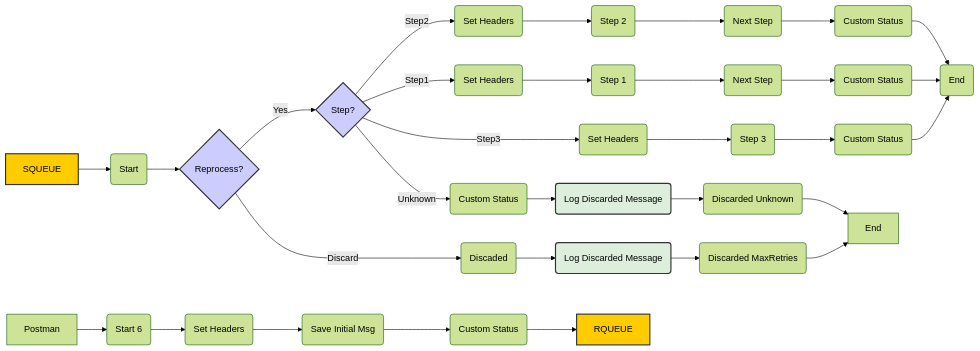
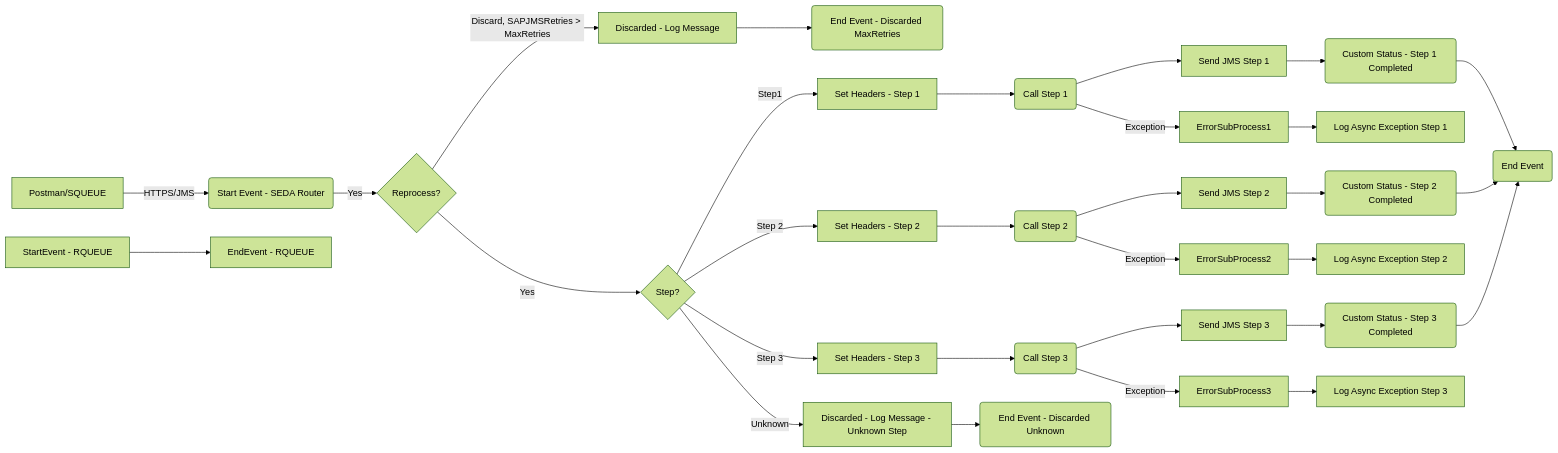
One commit to Avvale-IA-CICD/AvvaleCPI changed the diagram in MMZ - Templates/SEDA_Model_-_Single_Queue_-_Restart_and_Discard-1.0.0/readme.md. Above: the diagram before and after it, drawn with Mermaid (forest theme). The commit also changed other lines of this file, not shown here.

Commit message:
Add/update documentation for SEDA_Model_-_Single_Queue_-_Restart_and_Discard v1.0.0

````diff
--- a/MMZ - Templates/SEDA_Model_-_Single_Queue_-_Restart_and_Discard-1.0.0/readme.md
+++ b/MMZ - Templates/SEDA_Model_-_Single_Queue_-_Restart_and_Discard-1.0.0/readme.md
@@ -4,41 +4,32 @@
 ```mermaid
 graph LR
-    SQUEUE[SQUEUE] --> StartEvent2(Start)
-    Postman[Postman] --> StartEvent12079806(Start 6)
-    StartEvent2 --> ReprocessQuestion{Reprocess?}
-    StartEvent12079806 --> SetHeaders1(Set Headers)
-    ReprocessQuestion -- Discard --> Discaded(Discaded)
-    ReprocessQuestion -- Yes --> StepQuestion{Step?}
-    Discaded --> LogDiscardedMessage1(Log Discarded Message)
-    StepQuestion -- Step1 --> SetHeaders2(Set Headers)
-    StepQuestion -- Step2 --> SetHeaders3(Set Headers)
-    StepQuestion -- Step3 --> SetHeaders4(Set Headers)
-    StepQuestion -- Unknown --> CustomStatus1(Custom Status)
-    SetHeaders2 --> Step1(Step 1)
-    SetHeaders3 --> Step2(Step 2)
-    SetHeaders4 --> Step3(Step 3)
-    CustomStatus1 --> LogDiscardedMessage2(Log Discarded Message)
-    Step1 --> NextStep1(Next Step)
-    Step2 --> NextStep2(Next Step)
-    Step3 --> CustomStatus2(Custom Status)
-    NextStep1 --> CustomStatus3(Custom Status)
-    NextStep2 --> CustomStatus4(Custom Status)
-    CustomStatus2 --> EndEvent2(End)
-    CustomStatus3 --> EndEvent2
-    CustomStatus4 --> EndEvent2
-    LogDiscardedMessage1 --> DiscardedMaxRetries(Discarded MaxRetries)
-    LogDiscardedMessage2 --> DiscardedUnknown(Discarded Unknown)
-    SetHeaders1 --> SaveInitialMsg(Save Initial Msg)
-    SaveInitialMsg --> CustomStatus5(Custom Status)
-    CustomStatus5 --> RQUEUE[RQUEUE]
-    DiscardedMaxRetries --> End
-    DiscardedUnknown --> End
-    classDef process fill:#f9f,stroke:#333,stroke-width:2px
-    classDef gateway fill:#ccf,stroke:#333,stroke-width:2px
-    classDef adapter fill:#ffcc00,stroke:#333,stroke-width:2px
-    classDef logging fill:#ddeedd,stroke:#333,stroke-width:2px
-
-    class SQUEUE,RQUEUE adapter
-    class ReprocessQuestion,StepQuestion gateway
-    class LogDiscardedMessage1,LogDiscardedMessage2 logging
+    A[Postman/SQUEUE] -- HTTPS/JMS --> B(Start Event - SEDA Router)
+    B -- Yes --> C{Reprocess?}
+    C -- Discard, SAPJMSRetries > MaxRetries --> D[Discarded - Log Message]
+    D --> E(End Event - Discarded MaxRetries)
+    C -- Yes --> F{Step?}
+    F -- Step1 --> G[Set Headers - Step 1]
+    G --> H(Call Step 1)
+    H --> I[Send JMS Step 1]
+    I --> J(Custom Status - Step 1 Completed)
+    J --> K(End Event)
+    F -- Step 2 --> L[Set Headers - Step 2]
+    L --> M(Call Step 2)
+    M --> N[Send JMS Step 2]
+    N --> O(Custom Status - Step 2 Completed)
+    O --> K
+    F -- Step 3 --> P[Set Headers - Step 3]
+    P --> Q(Call Step 3)
+    Q --> R[Send JMS Step 3]
+    R --> S(Custom Status - Step 3 Completed)
+    S --> K
+    F -- Unknown --> T[Discarded - Log Message - Unknown Step]
+    T --> U(End Event - Discarded Unknown)
+    StartEvent_RQUEUE[StartEvent - RQUEUE] --> EndEvent_RQUEUE[EndEvent - RQUEUE]
+    H -- Exception --> ExceptionSubprocess1[ErrorSubProcess1]
+    M -- Exception --> ExceptionSubprocess2[ErrorSubProcess2]
+    Q -- Exception --> ExceptionSubprocess3[ErrorSubProcess3]
+    ExceptionSubprocess1 --> LogAsyncException1[Log Async Exception Step 1]
+    ExceptionSubprocess2 --> LogAsyncException2[Log Async Exception Step 2]
+    ExceptionSubprocess3 --> LogAsyncException3[Log Async Exception Step 3]
 ```
````
